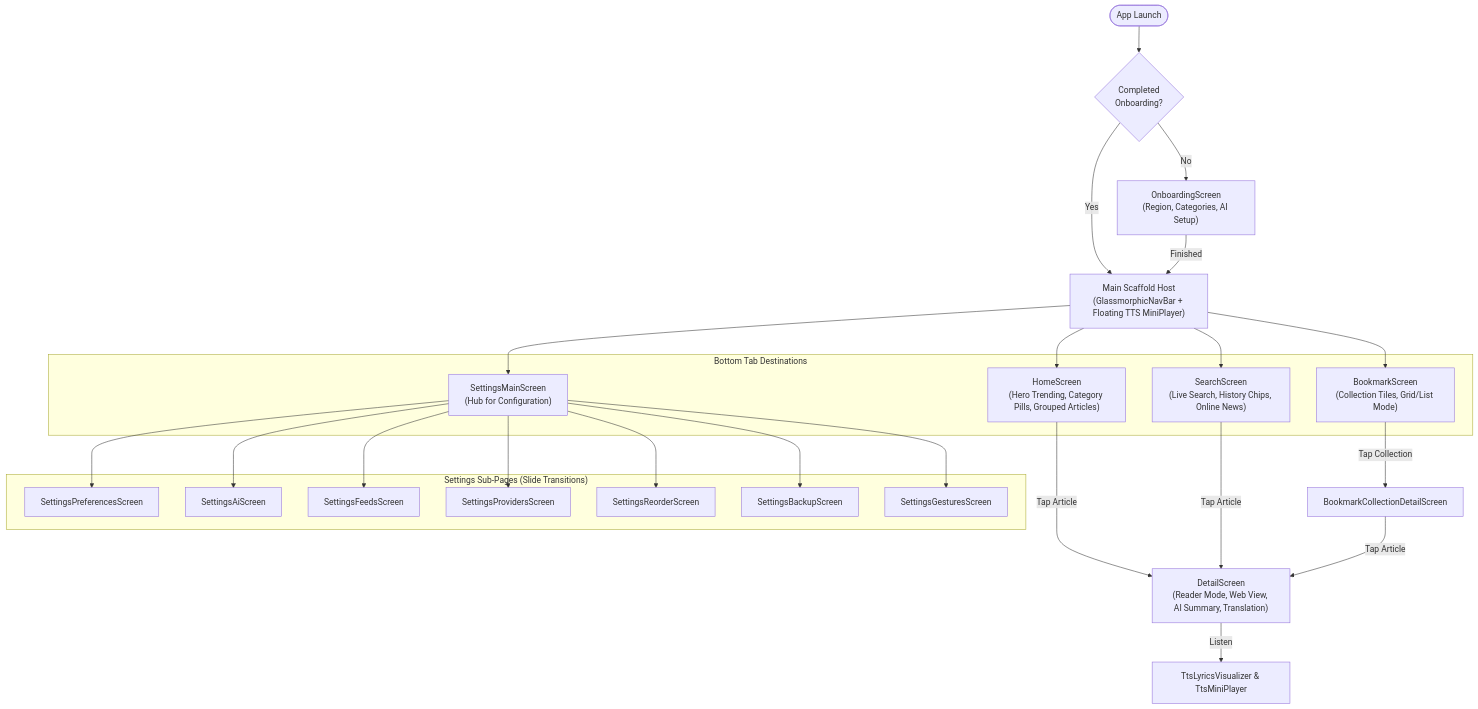
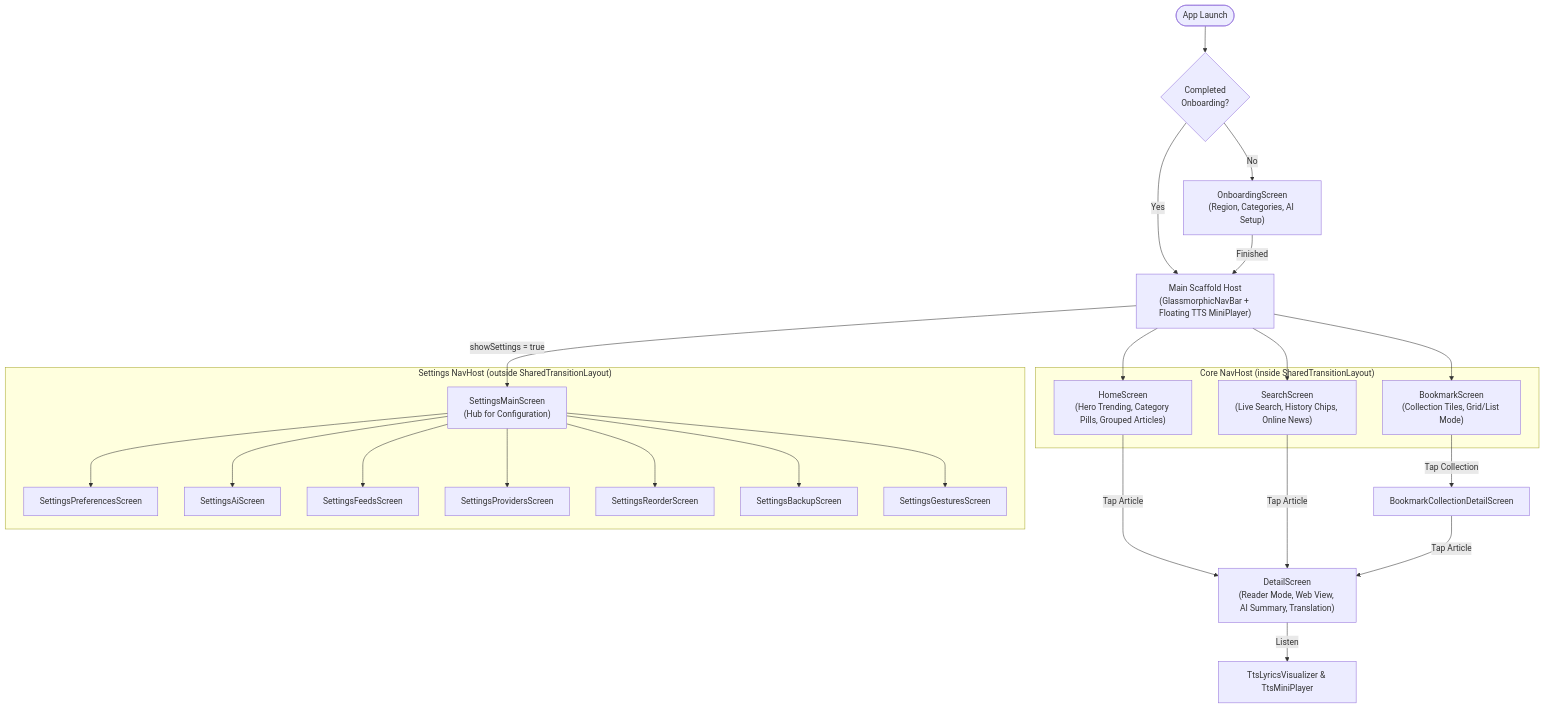
One commit to sm32d/streamfolio changed the diagram in docs/07-frontend-or-client-app.md. Above: the diagram before and after it, drawn with Mermaid. The commit also changed other lines of this file and 2 other files, not shown here.

Commit message:
Split Settings into separate NavHost
Refactors Compose navigation so Settings runs on its own NavController/NavHost outside SharedTransitionLayout, while Home/Search/Bookmarks/Detail stay in the shared-transition host. This avoids unnecessary shared-transition lookahead work on Settings screens, adds explicit back handling for the Settings stack, and updates tab behavior/miniplayer visibility for the new `showSettings` flow. HomeScreen now uses a callback to queue Settings sub-route navigation (e.g., AI spotlight/providers/feeds) so deep-links into Settings occur only after the Settings host is mounted. Documentation was updated to describe the dual-host architecture and navigation behavior.

````diff
--- a/docs/07-frontend-or-client-app.md
+++ b/docs/07-frontend-or-client-app.md
@@ -13,39 +16,39 @@
 ```mermaid
 graph TD
     Start([App Launch]) --> OnboardCheck{Completed<br/>Onboarding?}
     OnboardCheck -->|No| OnboardingScreen["OnboardingScreen<br/>(Region, Categories, AI Setup)"]
     OnboardCheck -->|Yes| MainScaffold["Main Scaffold Host<br/>(GlassmorphicNavBar + Floating TTS MiniPlayer)"]
 
     OnboardingScreen -->|Finished| MainScaffold
 
-    subgraph "Bottom Tab Destinations"
+    subgraph "Core NavHost (inside SharedTransitionLayout)"
         HomeScreen["HomeScreen<br/>(Hero Trending, Category Pills, Grouped Articles)"]
         SearchScreen["SearchScreen<br/>(Live Search, History Chips, Online News)"]
         BookmarkScreen["BookmarkScreen<br/>(Collection Tiles, Grid/List Mode)"]
-        SettingsScreen["SettingsMainScreen<br/>(Hub for Configuration)"]
     end
 
     MainScaffold --> HomeScreen
     MainScaffold --> SearchScreen
     MainScaffold --> BookmarkScreen
-    MainScaffold --> SettingsScreen
+    MainScaffold -->|showSettings = true| SettingsScreen
 
     HomeScreen -->|Tap Article| DetailScreen["DetailScreen<br/>(Reader Mode, Web View, AI Summary, Translation)"]
     SearchScreen -->|Tap Article| DetailScreen
     BookmarkScreen -->|Tap Collection| BookmarkDetailScreen["BookmarkCollectionDetailScreen"]
     BookmarkDetailScreen -->|Tap Article| DetailScreen
 
-    subgraph "Settings Sub-Pages (Slide Transitions)"
+    subgraph "Settings NavHost (outside SharedTransitionLayout)"
+        SettingsScreen["SettingsMainScreen<br/>(Hub for Configuration)"]
         SettingsPrefs["SettingsPreferencesScreen"]
         SettingsAi["SettingsAiScreen"]
         SettingsFeeds["SettingsFeedsScreen"]
         SettingsProviders["SettingsProvidersScreen"]
         SettingsReorder["SettingsReorderScreen"]
         SettingsBackup["SettingsBackupScreen"]
         SettingsGestures["SettingsGesturesScreen"]
     end
 
     SettingsScreen --> SettingsPrefs & SettingsAi & SettingsFeeds & SettingsProviders & SettingsReorder & SettingsBackup & SettingsGestures
 
     DetailScreen -->|Listen| TtsPlayer["TtsLyricsVisualizer & TtsMiniPlayer"]
 ```
````
